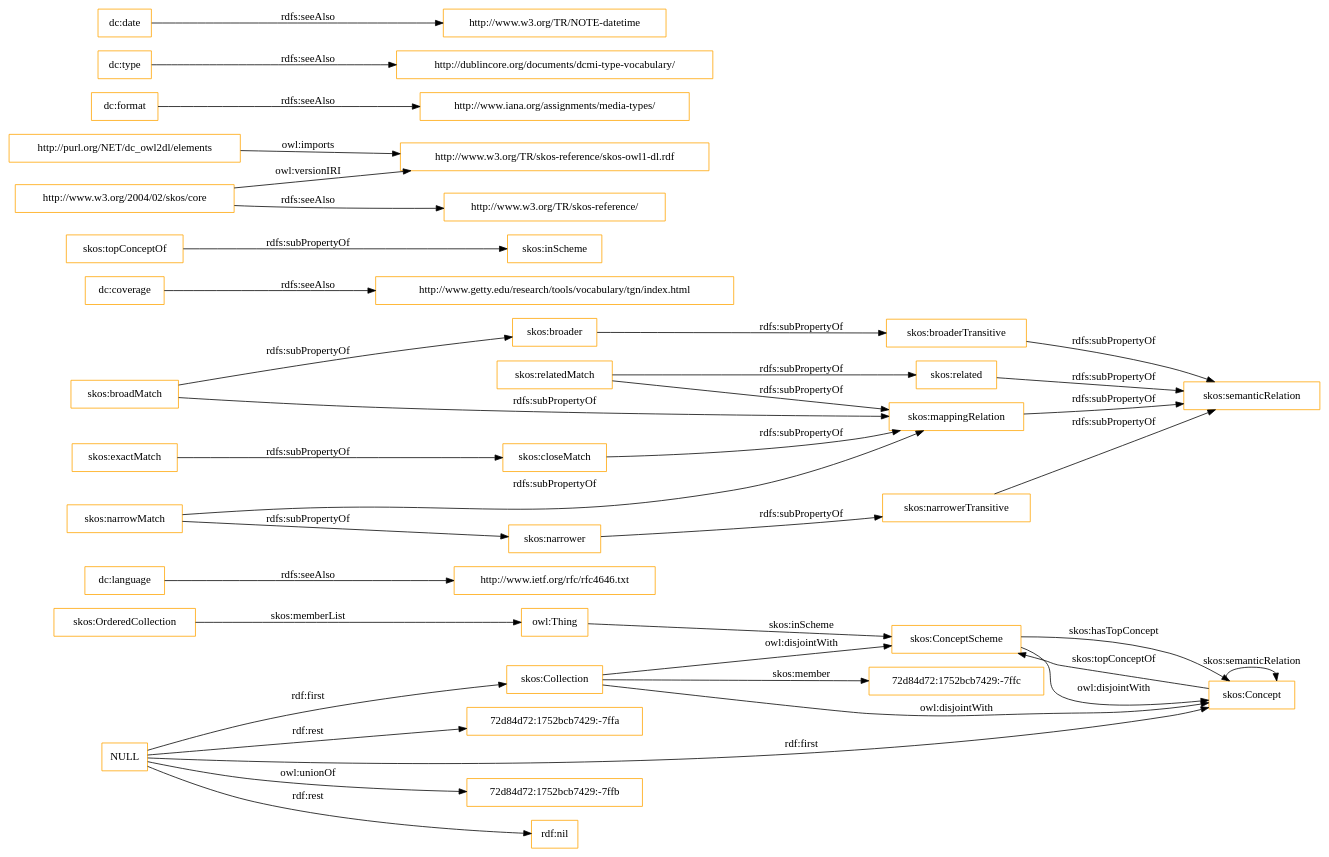
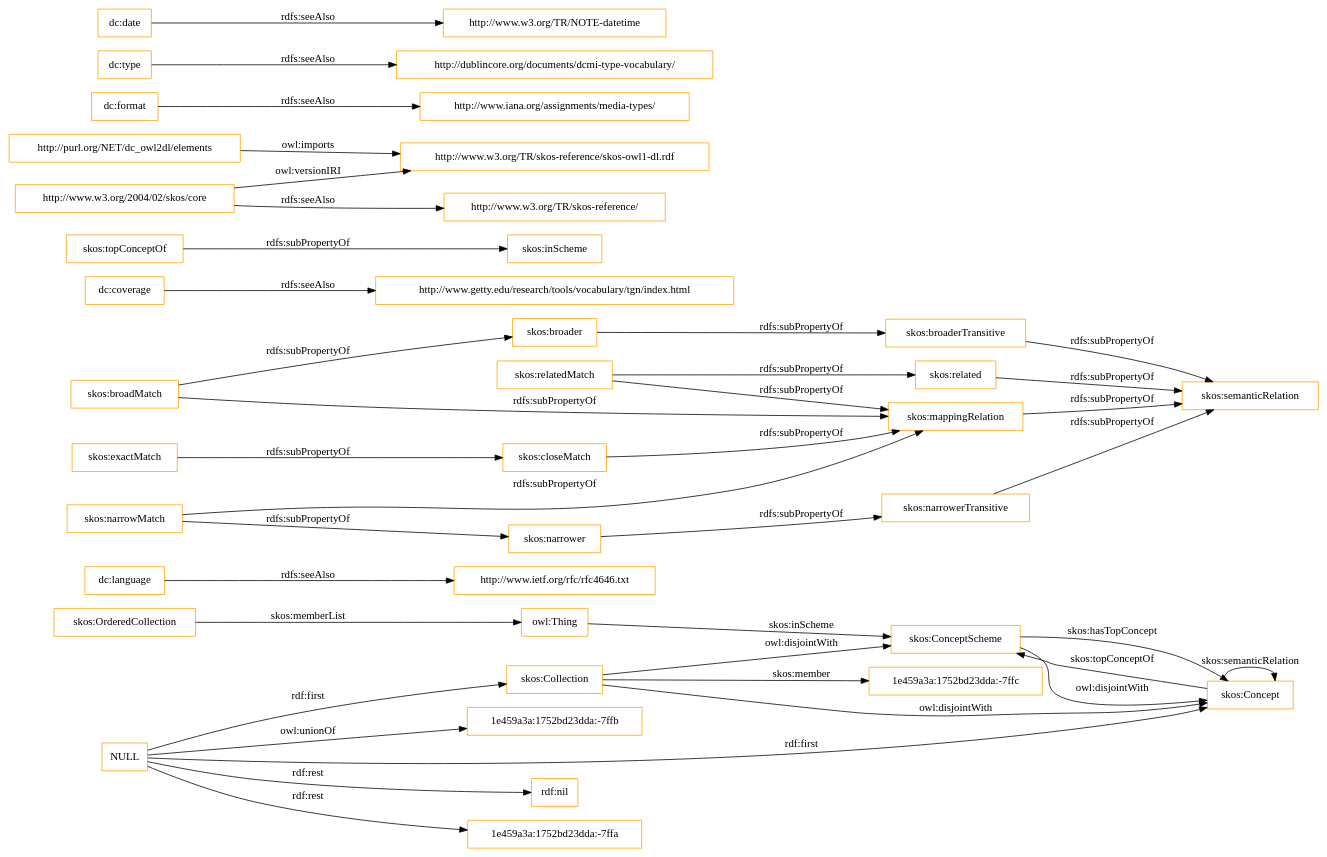
The diagram in OnToology/imports/elements.owl/diagrams/ar2dtool-class/elements.owl.png.dot (OnToologyUser/core-ontology-1), drawn with Graphviz before and after one commit. The commit also changed 14 other files, not shown here.

```diff
--- a/OnToology/imports/elements.owl/diagrams/ar2dtool-class/elements.owl.png.dot
+++ b/OnToology/imports/elements.owl/diagrams/ar2dtool-class/elements.owl.png.dot
@@ -1,43 +1,43 @@
 digraph ar2dtool_diagram { 
 rankdir=LR;
 size="1501"
-node [shape = rectangle, color="orange"]; "72d84d72:1752bcb7429:-7ffc" "skos:OrderedCollection" "skos:Collection" "skos:ConceptScheme" "skos:Concept" ; /*classes style*/
+node [shape = rectangle, color="orange"]; "1e459a3a:1752bd23dda:-7ffc" "skos:OrderedCollection" "skos:Collection" "skos:ConceptScheme" "skos:Concept" ; /*classes style*/
 	"dc:language" -> "http://www.ietf.org/rfc/rfc4646.txt" [ label = "rdfs:seeAlso" ];
-	"NULL" -> "72d84d72:1752bcb7429:-7ffb" [ label = "owl:unionOf" ];
 	"NULL" -> "rdf:nil" [ label = "rdf:rest" ];
 	"NULL" -> "skos:Collection" [ label = "rdf:first" ];
-	"NULL" -> "72d84d72:1752bcb7429:-7ffa" [ label = "rdf:rest" ];
+	"NULL" -> "1e459a3a:1752bd23dda:-7ffa" [ label = "rdf:rest" ];
 	"NULL" -> "skos:Concept" [ label = "rdf:first" ];
+	"NULL" -> "1e459a3a:1752bd23dda:-7ffb" [ label = "owl:unionOf" ];
 	"skos:closeMatch" -> "skos:mappingRelation" [ label = "rdfs:subPropertyOf" ];
 	"dc:coverage" -> "http://www.getty.edu/research/tools/vocabulary/tgn/index.html" [ label = "rdfs:seeAlso" ];
 	"skos:relatedMatch" -> "skos:related" [ label = "rdfs:subPropertyOf" ];
 	"skos:relatedMatch" -> "skos:mappingRelation" [ label = "rdfs:subPropertyOf" ];
 	"skos:ConceptScheme" -> "skos:Concept" [ label = "owl:disjointWith" ];
 	"skos:related" -> "skos:semanticRelation" [ label = "rdfs:subPropertyOf" ];
 	"skos:topConceptOf" -> "skos:inScheme" [ label = "rdfs:subPropertyOf" ];
 	"skos:broadMatch" -> "skos:broader" [ label = "rdfs:subPropertyOf" ];
 	"skos:broadMatch" -> "skos:mappingRelation" [ label = "rdfs:subPropertyOf" ];
 	"http://purl.org/NET/dc_owl2dl/elements" -> "http://www.w3.org/TR/skos-reference/skos-owl1-dl.rdf" [ label = "owl:imports" ];
 	"skos:exactMatch" -> "skos:closeMatch" [ label = "rdfs:subPropertyOf" ];
 	"dc:format" -> "http://www.iana.org/assignments/media-types/" [ label = "rdfs:seeAlso" ];
 	"skos:broaderTransitive" -> "skos:semanticRelation" [ label = "rdfs:subPropertyOf" ];
 	"dc:type" -> "http://dublincore.org/documents/dcmi-type-vocabulary/" [ label = "rdfs:seeAlso" ];
 	"skos:broader" -> "skos:broaderTransitive" [ label = "rdfs:subPropertyOf" ];
 	"skos:mappingRelation" -> "skos:semanticRelation" [ label = "rdfs:subPropertyOf" ];
 	"http://www.w3.org/2004/02/skos/core" -> "http://www.w3.org/TR/skos-reference/skos-owl1-dl.rdf" [ label = "owl:versionIRI" ];
 	"http://www.w3.org/2004/02/skos/core" -> "http://www.w3.org/TR/skos-reference/" [ label = "rdfs:seeAlso" ];
 	"skos:Collection" -> "skos:ConceptScheme" [ label = "owl:disjointWith" ];
 	"skos:Collection" -> "skos:Concept" [ label = "owl:disjointWith" ];
 	"skos:narrowMatch" -> "skos:narrower" [ label = "rdfs:subPropertyOf" ];
 	"skos:narrowMatch" -> "skos:mappingRelation" [ label = "rdfs:subPropertyOf" ];
 	"skos:narrower" -> "skos:narrowerTransitive" [ label = "rdfs:subPropertyOf" ];
 	"dc:date" -> "http://www.w3.org/TR/NOTE-datetime" [ label = "rdfs:seeAlso" ];
 	"skos:narrowerTransitive" -> "skos:semanticRelation" [ label = "rdfs:subPropertyOf" ];
 	"skos:OrderedCollection" -> "owl:Thing" [ label = "skos:memberList" ];
 	"skos:Concept" -> "skos:ConceptScheme" [ label = "skos:topConceptOf" ];
 	"skos:Concept" -> "skos:Concept" [ label = "skos:semanticRelation" ];
-	"skos:Collection" -> "72d84d72:1752bcb7429:-7ffc" [ label = "skos:member" ];
+	"skos:Collection" -> "1e459a3a:1752bd23dda:-7ffc" [ label = "skos:member" ];
 	"skos:ConceptScheme" -> "skos:Concept" [ label = "skos:hasTopConcept" ];
 	"owl:Thing" -> "skos:ConceptScheme" [ label = "skos:inScheme" ];
 
 }
```
